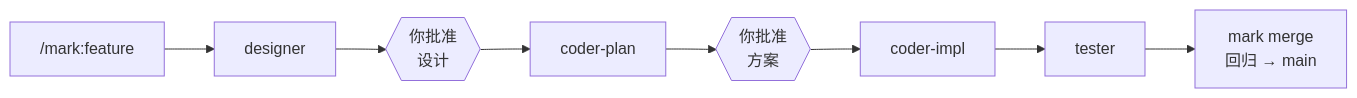
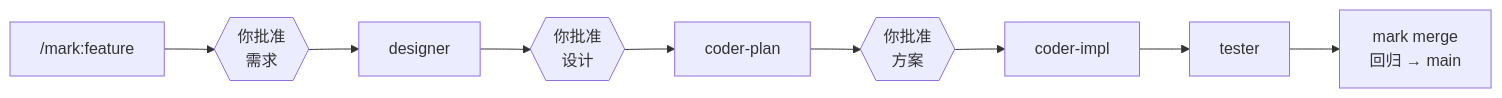
Before and after one commit to tuoyukun/MarkSuits: the first of 2 diagrams in README.zh-CN.md, drawn with Mermaid. The commit also changed other lines of this file and 30 other files, not shown here.

````diff
--- a/README.zh-CN.md
+++ b/README.zh-CN.md
@@ -17,4 +17,4 @@
 ```mermaid
 flowchart LR
-    R["/mark:feature"] --> D[designer] --> G1{{你批准<br/>设计}} --> P[coder-plan] --> G2{{你批准<br/>方案}} --> I[coder-impl] --> T[tester] --> M["mark merge<br/>回归 → main"]
+    R["/mark:feature"] --> Q{{你批准<br/>需求}} --> D[designer] --> G1{{你批准<br/>设计}} --> P[coder-plan] --> G2{{你批准<br/>方案}} --> I[coder-impl] --> T[tester] --> M["mark merge<br/>回归 → main"]
 ```
````
